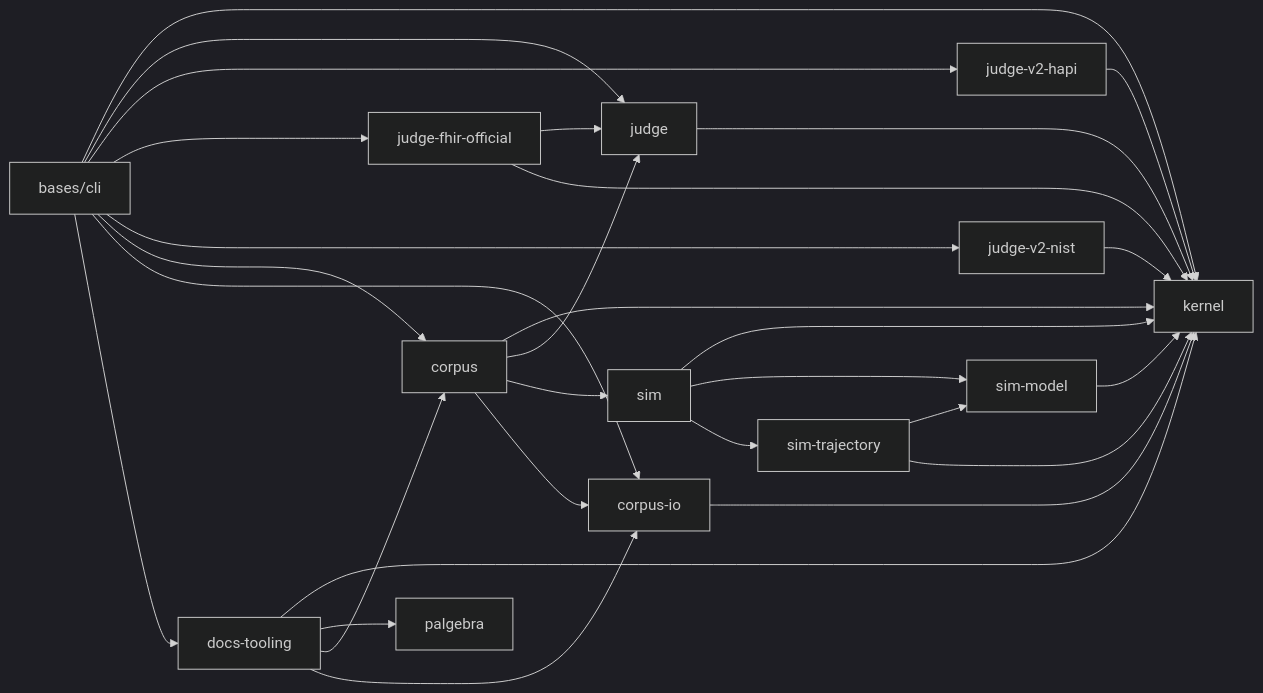
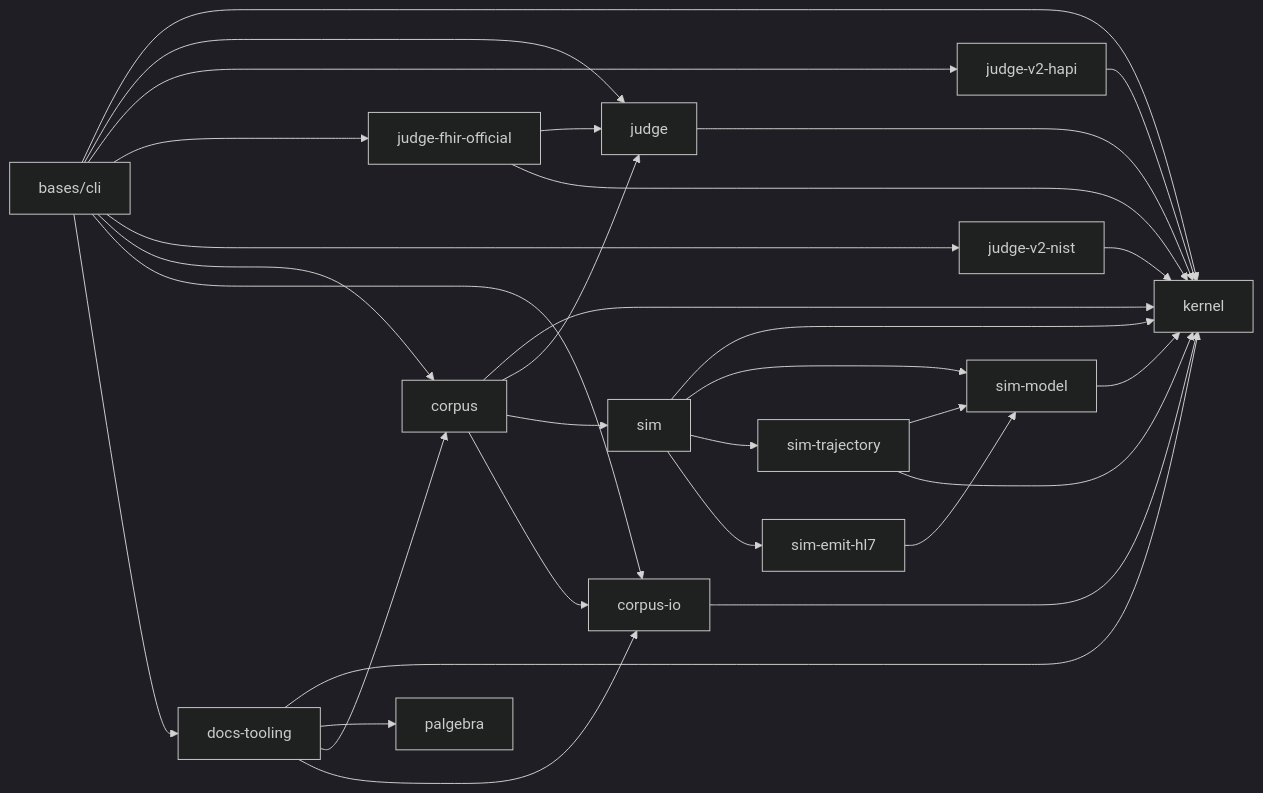
One commit to pragsmike/ehr-testing-tools changed the diagram in docs/dev/architecture.md. Above: the diagram before and after it, drawn with Mermaid (dark theme). The commit also changed other lines of this file and 25 other files, not shown here.

````diff
--- a/docs/dev/architecture.md
+++ b/docs/dev/architecture.md
@@ -25,45 +25,48 @@
 ```mermaid
 flowchart LR
     kernel[kernel]
     judge[judge]
     judgev2hapi[judge-v2-hapi]
     judgefhirofficial[judge-fhir-official]
     judgev2nist[judge-v2-nist]
     corpus[corpus]
     corpusio[corpus-io]
     docstooling[docs-tooling]
     palgebra[palgebra]
     simmodel[sim-model]
     simtrajectory[sim-trajectory]
+    simemithl7[sim-emit-hl7]
     sim[sim]
     cli[bases/cli]
 
     judge --> kernel
     judgev2hapi --> kernel
     judgefhirofficial --> judge
     judgefhirofficial --> kernel
     judgev2nist --> kernel
     corpusio --> kernel
     corpus --> kernel
     corpus --> judge
     corpus --> sim
     corpus --> corpusio
     simmodel --> kernel
     simtrajectory --> simmodel
     simtrajectory --> kernel
+    simemithl7 --> simmodel
     sim --> kernel
     sim --> simmodel
     sim --> simtrajectory
+    sim --> simemithl7
     docstooling --> kernel
     docstooling --> palgebra
     docstooling --> corpus
     docstooling --> corpusio
     cli --> kernel
     cli --> judge
     cli --> judgev2hapi
     cli --> judgefhirofficial
     cli --> judgev2nist
     cli --> corpus
     cli --> corpusio
     cli --> docstooling
 ```
````
